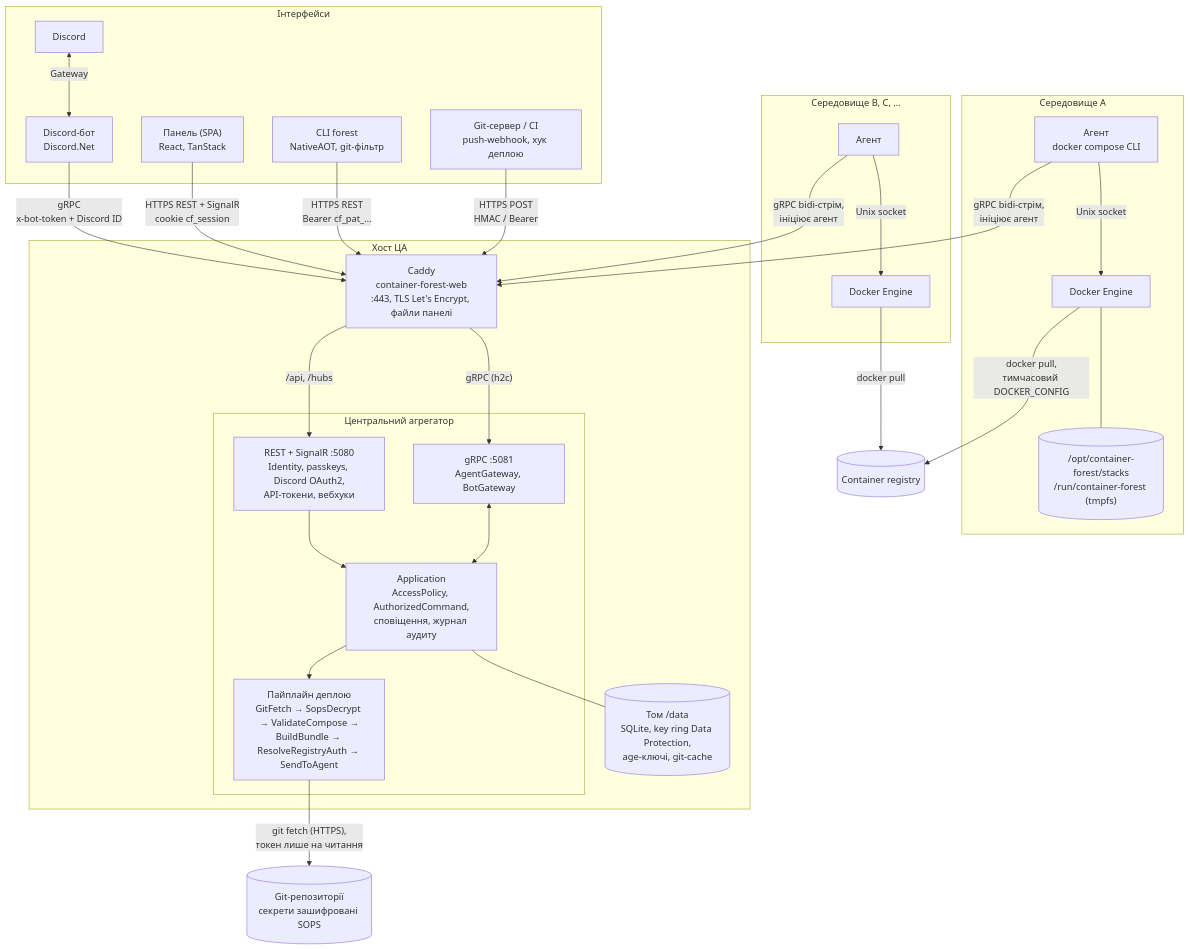
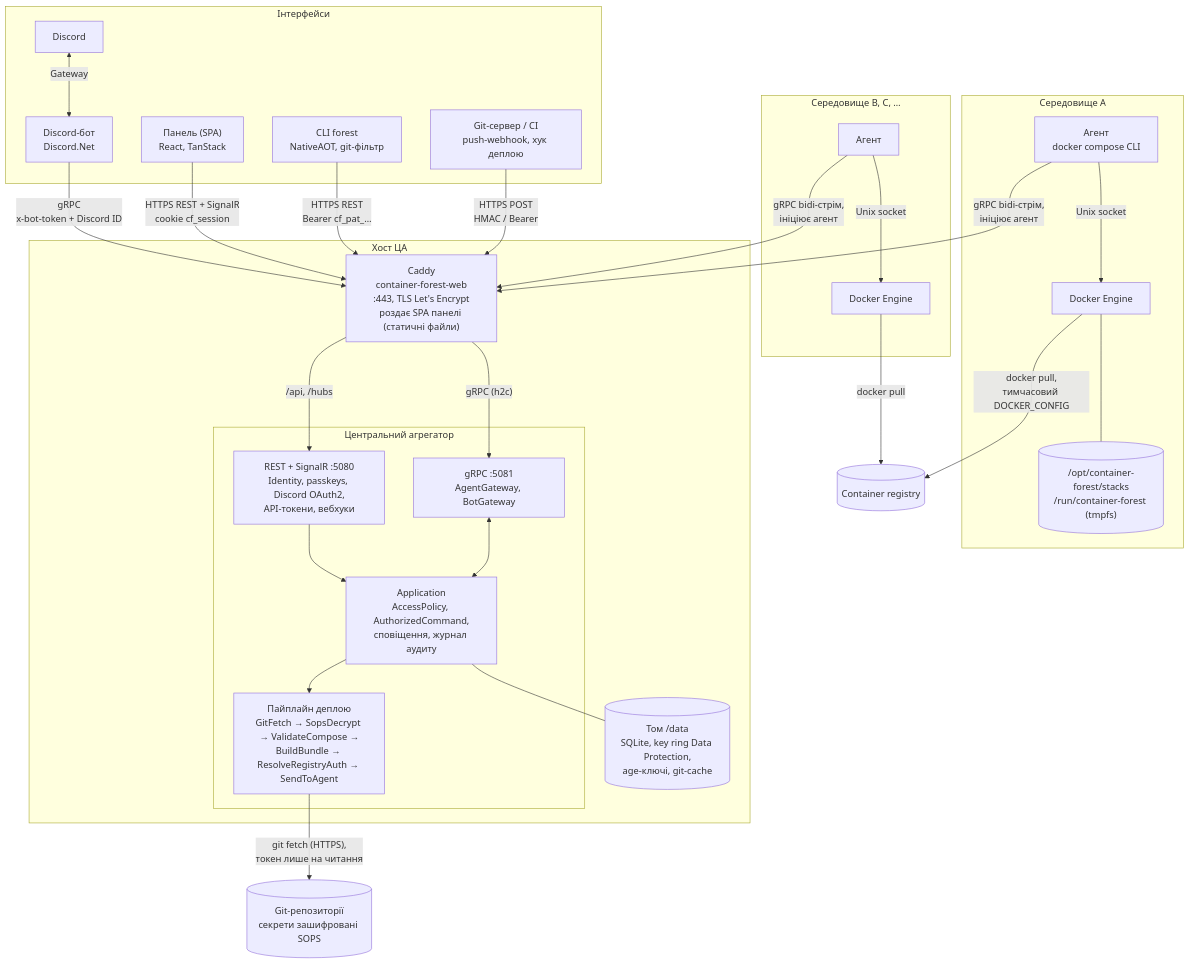
One commit to container-forest/container-forest changed the diagram in docs/architecture.md. Above: the diagram before and after it, drawn with Mermaid. The commit also changed 2 other files, not shown here.

Commit message:
docs: note that Caddy serves the panel SPA in architecture diagrams
Claude-Session: https://claude.ai/code/session_01DovwCNenAuX2Dt3bv4TSVF

````diff
--- a/docs/architecture.md
+++ b/docs/architecture.md
@@ -43,48 +43,48 @@
 ```mermaid
 flowchart TB
   subgraph Clients["Інтерфейси"]
     Discord["Discord"] <-->|"Gateway"| Bot["Discord-бот<br/>Discord.Net"]
     UI["Панель (SPA)<br/>React, TanStack"]
     Cli["CLI forest<br/>NativeAOT, git-фільтр"]
     Hooks["Git-сервер / CI<br/>push-webhook, хук деплою"]
   end
 
   subgraph EnvB["Середовище B, C, …"]
     EA2["Агент"] -->|"Unix socket"| D2["Docker Engine"]
   end
 
   subgraph EnvA["Середовище A"]
     EA1["Агент<br/>docker compose CLI"] -->|"Unix socket"| D1["Docker Engine"]
     S1[("/opt/container-forest/stacks<br/>/run/container-forest (tmpfs)")]
     D1 --- S1
   end
   subgraph Host["Хост ЦА"]
-    Caddy["Caddy<br/>container-forest-web<br/>:443, TLS Let's Encrypt, файли панелі"]
+    Caddy["Caddy<br/>container-forest-web<br/>:443, TLS Let's Encrypt<br/>роздає SPA панелі (статичні файли)"]
     subgraph CA["Центральний агрегатор"]
       Rest["REST + SignalR :5080<br/>Identity, passkeys, Discord OAuth2,<br/>API-токени, вебхуки"]
       Grpc["gRPC :5081<br/>AgentGateway, BotGateway"]
       App["Application<br/>AccessPolicy, AuthorizedCommand,<br/>сповіщення, журнал аудиту"]
       Pipe["Пайплайн деплою<br/>GitFetch → SopsDecrypt → ValidateCompose →<br/>BuildBundle → ResolveRegistryAuth → SendToAgent"]
       Rest --> App
       Grpc <--> App
       App --> Pipe
     end
     Data[("Том /data<br/>SQLite, key ring Data Protection,<br/>age-ключі, git-cache")]
     Caddy -->|"/api, /hubs"| Rest
     Caddy -->|"gRPC (h2c)"| Grpc
     App --- Data
   end
 
   Git[("Git-репозиторії<br/>секрети зашифровані SOPS")]
   Reg[("Container registry")]
 
   Bot -->|"gRPC<br/>x-bot-token + Discord ID"| Caddy
   UI -->|"HTTPS REST + SignalR<br/>cookie cf_session"| Caddy
   Cli -->|"HTTPS REST<br/>Bearer cf_pat_…"| Caddy
   Hooks -->|"HTTPS POST<br/>HMAC / Bearer"| Caddy
   EA1 -->|"gRPC bidi-стрім,<br/>ініціює агент"| Caddy
   EA2 -->|"gRPC bidi-стрім,<br/>ініціює агент"| Caddy
   Pipe -->|"git fetch (HTTPS),<br/>токен лише на читання"| Git
   D1 -->|"docker pull,<br/>тимчасовий DOCKER_CONFIG"| Reg
   D2 -->|"docker pull"| Reg
 ```
````
